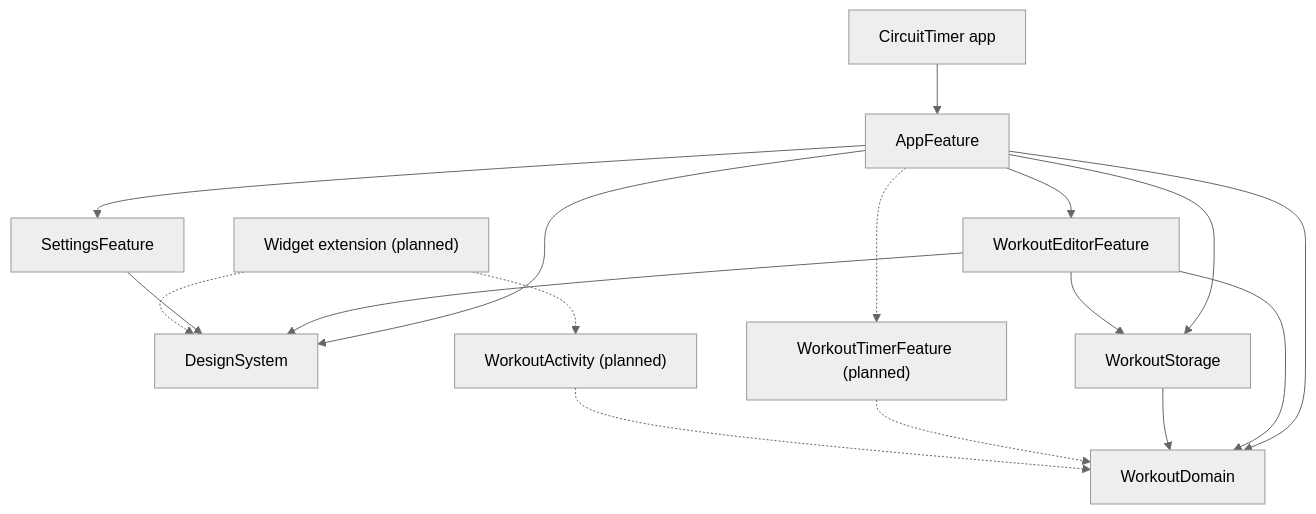
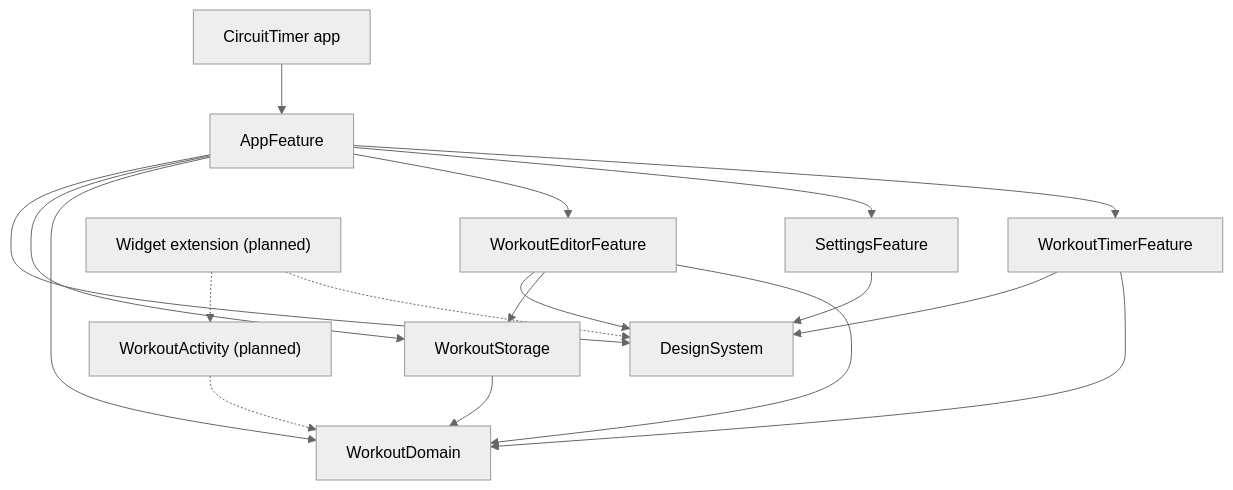
One commit to akrementsov/CircuitTimer changed the diagram in README.md. Above: the diagram before and after it, drawn with Mermaid (neutral theme). The commit also changed other lines of this file and 45 other files, not shown here.

Commit message:
CT-3-1: Add the workout timer screen (#12)

````diff
--- a/README.md
+++ b/README.md
@@ -22,19 +22,20 @@
 ```mermaid
 graph TD
     App["CircuitTimer app"] --> AppFeature
     AppFeature --> DesignSystem
     AppFeature --> WorkoutStorage
     AppFeature --> WorkoutDomain
     AppFeature --> WorkoutEditorFeature
     AppFeature --> SettingsFeature
+    AppFeature --> WorkoutTimerFeature
     WorkoutEditorFeature --> DesignSystem
     WorkoutEditorFeature --> WorkoutStorage
     WorkoutEditorFeature --> WorkoutDomain
     SettingsFeature --> DesignSystem
+    WorkoutTimerFeature --> DesignSystem
+    WorkoutTimerFeature --> WorkoutDomain
     WorkoutStorage --> WorkoutDomain
-    AppFeature -.-> WorkoutTimerFeature["WorkoutTimerFeature (planned)"]
-    WorkoutTimerFeature -.-> WorkoutDomain
     Widget["Widget extension (planned)"] -.-> WorkoutActivity["WorkoutActivity (planned)"]
     Widget -.-> DesignSystem
     WorkoutActivity -.-> WorkoutDomain
 ```
````
